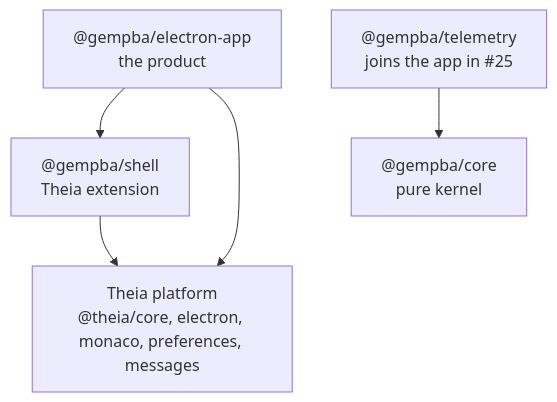
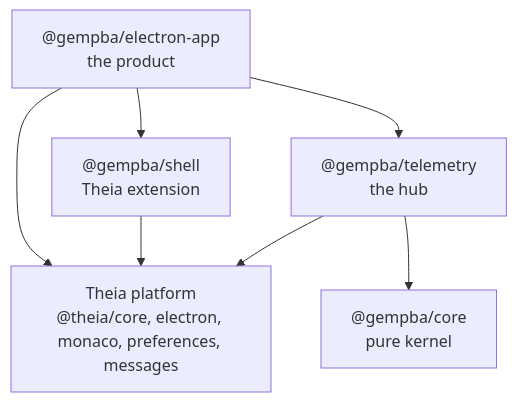
Before and after one commit to rapastranac/gempba-dashboard: the second of 3 diagrams in ARCHITECTURE.md, drawn with Mermaid. The commit also changed other lines of this file, not shown here.

First line of the commit message:
#25 Document how extensions connect in ARCHITECTURE.md

````diff
--- a/ARCHITECTURE.md
+++ b/ARCHITECTURE.md
@@ -61,12 +63,14 @@
 ```mermaid
 flowchart TB
     app["@gempba/electron-app<br/>the product"]
     shell["@gempba/shell<br/>Theia extension"]
-    telemetry["@gempba/telemetry<br/>joins the app in #25"]
+    telemetry["@gempba/telemetry<br/>the hub"]
     core["@gempba/core<br/>pure kernel"]
     theia["Theia platform<br/>@theia/core, electron, monaco, preferences, messages"]
     app --> shell
+    app --> telemetry
     app --> theia
     shell --> theia
     telemetry --> core
+    telemetry --> theia
 ```
````
